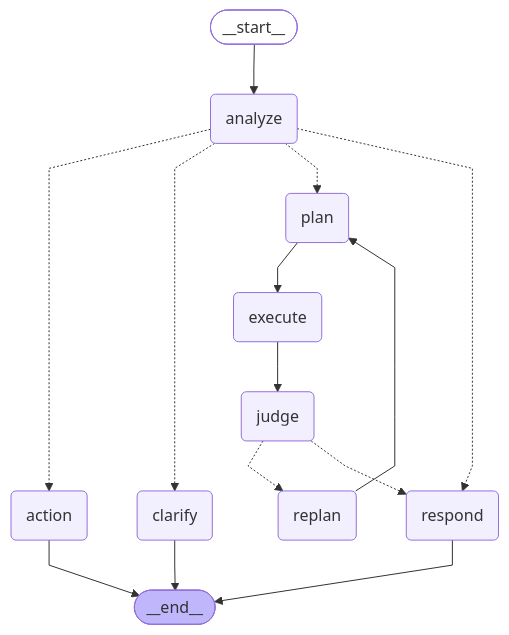
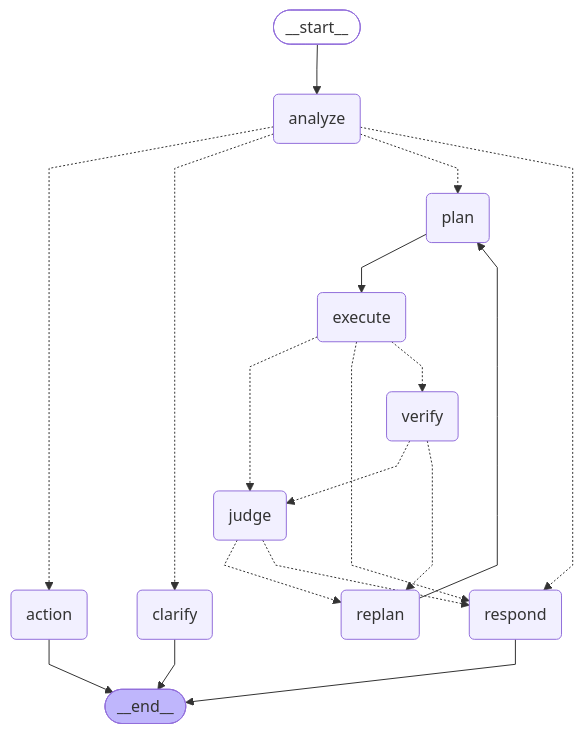
The diagram in docs/evidence/graph.mmd (Jkim1647/ssafy16-route-planner), drawn with Mermaid before and after one commit. The commit also changed 12 other files, not shown here.

```diff
--- a/docs/evidence/graph.mmd
+++ b/docs/evidence/graph.mmd
@@ -1,32 +1,37 @@
 ---
 config:
   flowchart:
     curve: linear
 ---
 graph TD;
 	__start__([<p>__start__</p>]):::first
 	analyze(analyze)
 	clarify(clarify)
 	plan(plan)
 	execute(execute)
+	verify(verify)
 	judge(judge)
 	replan(replan)
 	respond(respond)
 	action(action)
 	__end__([<p>__end__</p>]):::last
 	__start__ --> analyze;
 	analyze -.-> action;
 	analyze -.-> clarify;
 	analyze -.-> plan;
 	analyze -.-> respond;
-	execute --> judge;
+	execute -.-> judge;
+	execute -.-> respond;
+	execute -.-> verify;
 	judge -.-> replan;
 	judge -.-> respond;
 	plan --> execute;
 	replan --> plan;
+	verify -.-> judge;
+	verify -.-> replan;
 	action --> __end__;
 	clarify --> __end__;
 	respond --> __end__;
 	classDef default fill:#f2f0ff,line-height:1.2
 	classDef first fill-opacity:0
 	classDef last fill:#bfb6fc
```
